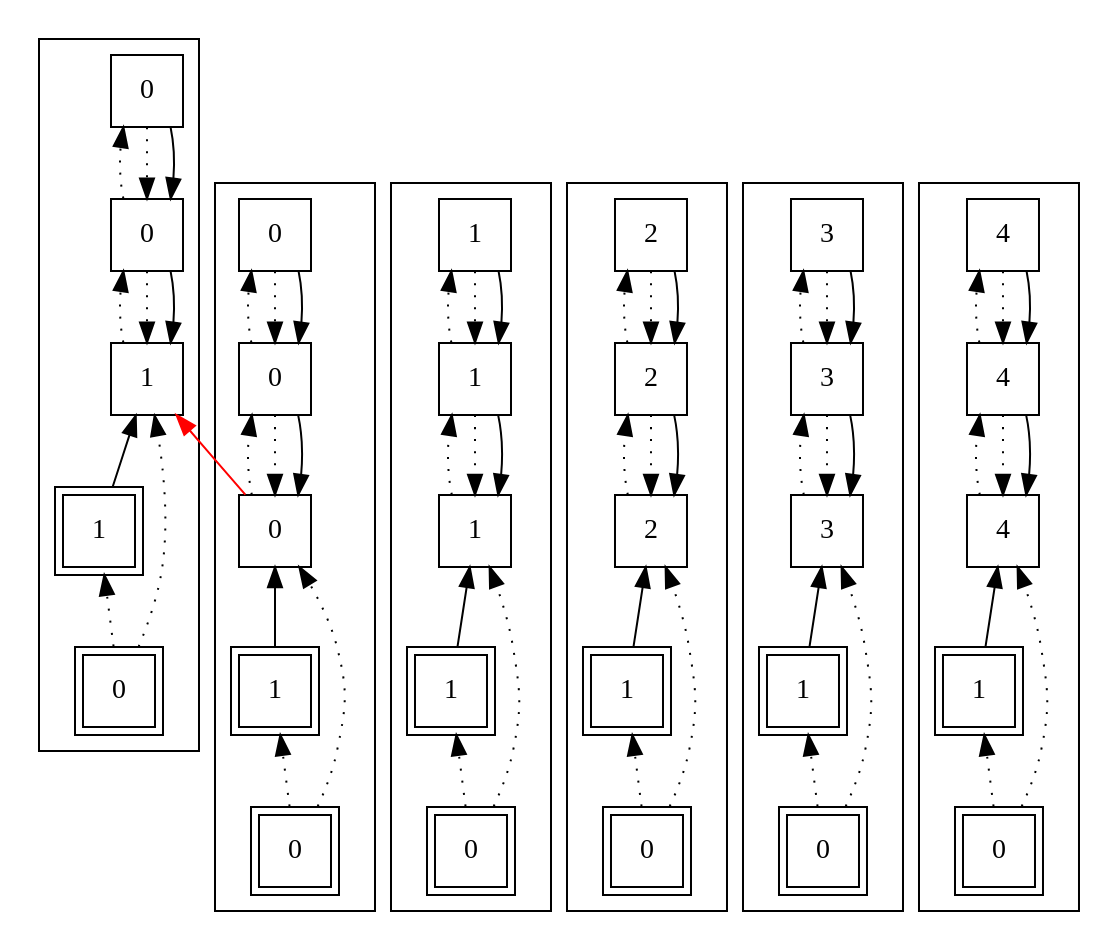
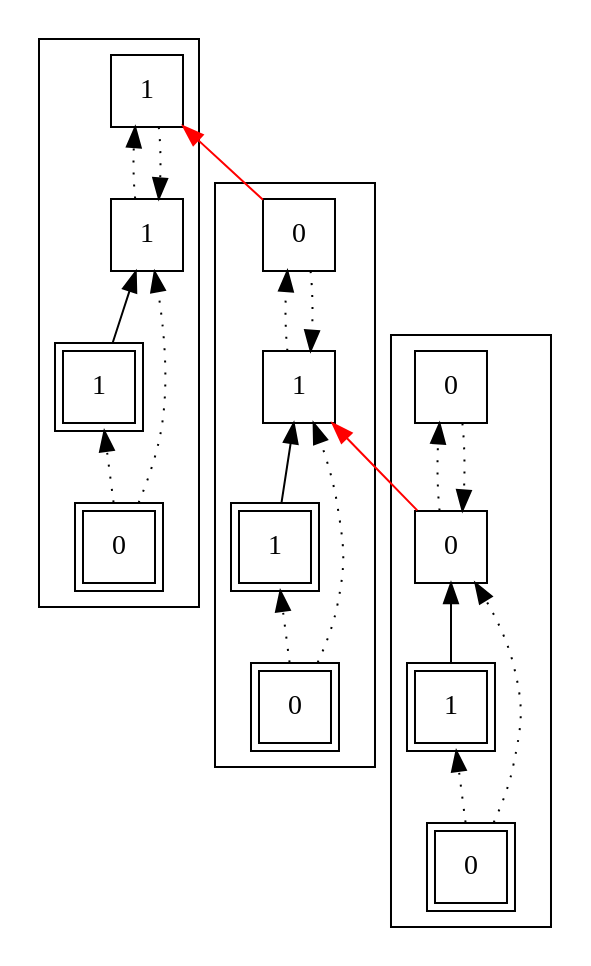
Before and after one commit to increpare/AbstractPropagationSim: the diagram in mid/19/metagraph.gv, drawn with Graphviz. The commit also changed 11 other files, not shown here.

```diff
--- a/mid/19/metagraph.gv
+++ b/mid/19/metagraph.gv
@@ -1,106 +1,41 @@
 digraph G {
 rankdir = BT;
-subgraph cluster_Player1X1XGround0X1XIsland00X1XIsland10X1XIsland20X1X {
+subgraph cluster_Player1X1XGround0X1XIsland00X1XIsland10X1X {
 Node [ fontname="Apple Symbols"];
-Player1X1XGround0X1XIsland00X1XIsland10X1XIsland20X1X_Player[ label ="1"  shape=square peripheries=2 ];
-Player1X1XGround0X1XIsland00X1XIsland10X1XIsland20X1X_Ground[ label ="0"  shape=square peripheries=2 ];
-Player1X1XGround0X1XIsland00X1XIsland10X1XIsland20X1X_Island0[ label ="0"  shape=square ];
-Player1X1XGround0X1XIsland00X1XIsland10X1XIsland20X1X_Island1[ label ="0"  shape=square ];
-Player1X1XGround0X1XIsland00X1XIsland10X1XIsland20X1X_Island2[ label ="0"  shape=square ];
-	"Player1X1XGround0X1XIsland00X1XIsland10X1XIsland20X1X_Ground" -> "Player1X1XGround0X1XIsland00X1XIsland10X1XIsland20X1X_Player" [style=dotted];
-	"Player1X1XGround0X1XIsland00X1XIsland10X1XIsland20X1X_Player" -> "Player1X1XGround0X1XIsland00X1XIsland10X1XIsland20X1X_Island0";
-	"Player1X1XGround0X1XIsland00X1XIsland10X1XIsland20X1X_Island1" -> "Player1X1XGround0X1XIsland00X1XIsland10X1XIsland20X1X_Island0" [style=dotted];
-	"Player1X1XGround0X1XIsland00X1XIsland10X1XIsland20X1X_Ground" -> "Player1X1XGround0X1XIsland00X1XIsland10X1XIsland20X1X_Island0" [style=dotted];
-	"Player1X1XGround0X1XIsland00X1XIsland10X1XIsland20X1X_Island0" -> "Player1X1XGround0X1XIsland00X1XIsland10X1XIsland20X1X_Island1" [style=dotted];
-	"Player1X1XGround0X1XIsland00X1XIsland10X1XIsland20X1X_Island2" -> "Player1X1XGround0X1XIsland00X1XIsland10X1XIsland20X1X_Island1" [style=dotted];
-	"Player1X1XGround0X1XIsland00X1XIsland10X1XIsland20X1X_Island1" -> "Player1X1XGround0X1XIsland00X1XIsland10X1XIsland20X1X_Island2" [style=dotted];
-	"Player1X1XGround0X1XIsland00X1XIsland10X1XIsland20X1X_Island1" -> "Player1X1XGround0X1XIsland00X1XIsland10X1XIsland20X1X_Island0";
-	"Player1X1XGround0X1XIsland00X1XIsland10X1XIsland20X1X_Island2" -> "Player1X1XGround0X1XIsland00X1XIsland10X1XIsland20X1X_Island1";
+Player1X1XGround0X1XIsland00X1XIsland10X1X_Player[ label ="1"  shape=square peripheries=2 ];
+Player1X1XGround0X1XIsland00X1XIsland10X1X_Ground[ label ="0"  shape=square peripheries=2 ];
+Player1X1XGround0X1XIsland00X1XIsland10X1X_Island0[ label ="0"  shape=square ];
+Player1X1XGround0X1XIsland00X1XIsland10X1X_Island1[ label ="0"  shape=square ];
+	"Player1X1XGround0X1XIsland00X1XIsland10X1X_Ground" -> "Player1X1XGround0X1XIsland00X1XIsland10X1X_Player" [style=dotted];
+	"Player1X1XGround0X1XIsland00X1XIsland10X1X_Player" -> "Player1X1XGround0X1XIsland00X1XIsland10X1X_Island0";
+	"Player1X1XGround0X1XIsland00X1XIsland10X1X_Island1" -> "Player1X1XGround0X1XIsland00X1XIsland10X1X_Island0" [style=dotted];
+	"Player1X1XGround0X1XIsland00X1XIsland10X1X_Ground" -> "Player1X1XGround0X1XIsland00X1XIsland10X1X_Island0" [style=dotted];
+	"Player1X1XGround0X1XIsland00X1XIsland10X1X_Island0" -> "Player1X1XGround0X1XIsland00X1XIsland10X1X_Island1" [style=dotted];
 }
-subgraph cluster_Player1X1XGround0X1XIsland01X1XIsland10X1XIsland20X1X {
+subgraph cluster_Player1X1XGround0X1XIsland01X1XIsland10X1X {
 Node [ fontname="Apple Symbols"];
-Player1X1XGround0X1XIsland01X1XIsland10X1XIsland20X1X_Player[ label ="1"  shape=square peripheries=2 ];
-Player1X1XGround0X1XIsland01X1XIsland10X1XIsland20X1X_Ground[ label ="0"  shape=square peripheries=2 ];
-Player1X1XGround0X1XIsland01X1XIsland10X1XIsland20X1X_Island0[ label ="1"  shape=square ];
-Player1X1XGround0X1XIsland01X1XIsland10X1XIsland20X1X_Island1[ label ="0"  shape=square ];
-Player1X1XGround0X1XIsland01X1XIsland10X1XIsland20X1X_Island2[ label ="0"  shape=square ];
-	"Player1X1XGround0X1XIsland01X1XIsland10X1XIsland20X1X_Ground" -> "Player1X1XGround0X1XIsland01X1XIsland10X1XIsland20X1X_Player" [style=dotted];
-	"Player1X1XGround0X1XIsland01X1XIsland10X1XIsland20X1X_Player" -> "Player1X1XGround0X1XIsland01X1XIsland10X1XIsland20X1X_Island0";
-	"Player1X1XGround0X1XIsland01X1XIsland10X1XIsland20X1X_Island1" -> "Player1X1XGround0X1XIsland01X1XIsland10X1XIsland20X1X_Island0" [style=dotted];
-	"Player1X1XGround0X1XIsland01X1XIsland10X1XIsland20X1X_Ground" -> "Player1X1XGround0X1XIsland01X1XIsland10X1XIsland20X1X_Island0" [style=dotted];
-	"Player1X1XGround0X1XIsland01X1XIsland10X1XIsland20X1X_Island0" -> "Player1X1XGround0X1XIsland01X1XIsland10X1XIsland20X1X_Island1" [style=dotted];
-	"Player1X1XGround0X1XIsland01X1XIsland10X1XIsland20X1X_Island2" -> "Player1X1XGround0X1XIsland01X1XIsland10X1XIsland20X1X_Island1" [style=dotted];
-	"Player1X1XGround0X1XIsland01X1XIsland10X1XIsland20X1X_Island1" -> "Player1X1XGround0X1XIsland01X1XIsland10X1XIsland20X1X_Island2" [style=dotted];
-	"Player1X1XGround0X1XIsland01X1XIsland10X1XIsland20X1X_Island1" -> "Player1X1XGround0X1XIsland01X1XIsland10X1XIsland20X1X_Island0";
-	"Player1X1XGround0X1XIsland01X1XIsland10X1XIsland20X1X_Island2" -> "Player1X1XGround0X1XIsland01X1XIsland10X1XIsland20X1X_Island1";
+Player1X1XGround0X1XIsland01X1XIsland10X1X_Player[ label ="1"  shape=square peripheries=2 ];
+Player1X1XGround0X1XIsland01X1XIsland10X1X_Ground[ label ="0"  shape=square peripheries=2 ];
+Player1X1XGround0X1XIsland01X1XIsland10X1X_Island0[ label ="1"  shape=square ];
+Player1X1XGround0X1XIsland01X1XIsland10X1X_Island1[ label ="0"  shape=square ];
+	"Player1X1XGround0X1XIsland01X1XIsland10X1X_Ground" -> "Player1X1XGround0X1XIsland01X1XIsland10X1X_Player" [style=dotted];
+	"Player1X1XGround0X1XIsland01X1XIsland10X1X_Player" -> "Player1X1XGround0X1XIsland01X1XIsland10X1X_Island0";
+	"Player1X1XGround0X1XIsland01X1XIsland10X1X_Island1" -> "Player1X1XGround0X1XIsland01X1XIsland10X1X_Island0" [style=dotted];
+	"Player1X1XGround0X1XIsland01X1XIsland10X1X_Ground" -> "Player1X1XGround0X1XIsland01X1XIsland10X1X_Island0" [style=dotted];
+	"Player1X1XGround0X1XIsland01X1XIsland10X1X_Island0" -> "Player1X1XGround0X1XIsland01X1XIsland10X1X_Island1" [style=dotted];
 }
-subgraph cluster_Player1X1XGround0X1XIsland01X1XIsland11X1XIsland21X1X {
+subgraph cluster_Player1X1XGround0X1XIsland01X1XIsland11X1X {
 Node [ fontname="Apple Symbols"];
-Player1X1XGround0X1XIsland01X1XIsland11X1XIsland21X1X_Player[ label ="1"  shape=square peripheries=2 ];
-Player1X1XGround0X1XIsland01X1XIsland11X1XIsland21X1X_Ground[ label ="0"  shape=square peripheries=2 ];
-Player1X1XGround0X1XIsland01X1XIsland11X1XIsland21X1X_Island0[ label ="1"  shape=square ];
-Player1X1XGround0X1XIsland01X1XIsland11X1XIsland21X1X_Island1[ label ="1"  shape=square ];
-Player1X1XGround0X1XIsland01X1XIsland11X1XIsland21X1X_Island2[ label ="1"  shape=square ];
-	"Player1X1XGround0X1XIsland01X1XIsland11X1XIsland21X1X_Ground" -> "Player1X1XGround0X1XIsland01X1XIsland11X1XIsland21X1X_Player" [style=dotted];
-	"Player1X1XGround0X1XIsland01X1XIsland11X1XIsland21X1X_Player" -> "Player1X1XGround0X1XIsland01X1XIsland11X1XIsland21X1X_Island0";
-	"Player1X1XGround0X1XIsland01X1XIsland11X1XIsland21X1X_Island1" -> "Player1X1XGround0X1XIsland01X1XIsland11X1XIsland21X1X_Island0" [style=dotted];
-	"Player1X1XGround0X1XIsland01X1XIsland11X1XIsland21X1X_Ground" -> "Player1X1XGround0X1XIsland01X1XIsland11X1XIsland21X1X_Island0" [style=dotted];
-	"Player1X1XGround0X1XIsland01X1XIsland11X1XIsland21X1X_Island0" -> "Player1X1XGround0X1XIsland01X1XIsland11X1XIsland21X1X_Island1" [style=dotted];
-	"Player1X1XGround0X1XIsland01X1XIsland11X1XIsland21X1X_Island2" -> "Player1X1XGround0X1XIsland01X1XIsland11X1XIsland21X1X_Island1" [style=dotted];
-	"Player1X1XGround0X1XIsland01X1XIsland11X1XIsland21X1X_Island1" -> "Player1X1XGround0X1XIsland01X1XIsland11X1XIsland21X1X_Island2" [style=dotted];
-	"Player1X1XGround0X1XIsland01X1XIsland11X1XIsland21X1X_Island1" -> "Player1X1XGround0X1XIsland01X1XIsland11X1XIsland21X1X_Island0";
-	"Player1X1XGround0X1XIsland01X1XIsland11X1XIsland21X1X_Island2" -> "Player1X1XGround0X1XIsland01X1XIsland11X1XIsland21X1X_Island1";
+Player1X1XGround0X1XIsland01X1XIsland11X1X_Player[ label ="1"  shape=square peripheries=2 ];
+Player1X1XGround0X1XIsland01X1XIsland11X1X_Ground[ label ="0"  shape=square peripheries=2 ];
+Player1X1XGround0X1XIsland01X1XIsland11X1X_Island0[ label ="1"  shape=square ];
+Player1X1XGround0X1XIsland01X1XIsland11X1X_Island1[ label ="1"  shape=square ];
+	"Player1X1XGround0X1XIsland01X1XIsland11X1X_Ground" -> "Player1X1XGround0X1XIsland01X1XIsland11X1X_Player" [style=dotted];
+	"Player1X1XGround0X1XIsland01X1XIsland11X1X_Player" -> "Player1X1XGround0X1XIsland01X1XIsland11X1X_Island0";
+	"Player1X1XGround0X1XIsland01X1XIsland11X1X_Island1" -> "Player1X1XGround0X1XIsland01X1XIsland11X1X_Island0" [style=dotted];
+	"Player1X1XGround0X1XIsland01X1XIsland11X1X_Ground" -> "Player1X1XGround0X1XIsland01X1XIsland11X1X_Island0" [style=dotted];
+	"Player1X1XGround0X1XIsland01X1XIsland11X1X_Island0" -> "Player1X1XGround0X1XIsland01X1XIsland11X1X_Island1" [style=dotted];
 }
-subgraph cluster_Player1X1XGround0X1XIsland02X1XIsland12X1XIsland22X1X {
-Node [ fontname="Apple Symbols"];
-Player1X1XGround0X1XIsland02X1XIsland12X1XIsland22X1X_Player[ label ="1"  shape=square peripheries=2 ];
-Player1X1XGround0X1XIsland02X1XIsland12X1XIsland22X1X_Ground[ label ="0"  shape=square peripheries=2 ];
-Player1X1XGround0X1XIsland02X1XIsland12X1XIsland22X1X_Island0[ label ="2"  shape=square ];
-Player1X1XGround0X1XIsland02X1XIsland12X1XIsland22X1X_Island1[ label ="2"  shape=square ];
-Player1X1XGround0X1XIsland02X1XIsland12X1XIsland22X1X_Island2[ label ="2"  shape=square ];
-	"Player1X1XGround0X1XIsland02X1XIsland12X1XIsland22X1X_Ground" -> "Player1X1XGround0X1XIsland02X1XIsland12X1XIsland22X1X_Player" [style=dotted];
-	"Player1X1XGround0X1XIsland02X1XIsland12X1XIsland22X1X_Player" -> "Player1X1XGround0X1XIsland02X1XIsland12X1XIsland22X1X_Island0";
-	"Player1X1XGround0X1XIsland02X1XIsland12X1XIsland22X1X_Island1" -> "Player1X1XGround0X1XIsland02X1XIsland12X1XIsland22X1X_Island0" [style=dotted];
-	"Player1X1XGround0X1XIsland02X1XIsland12X1XIsland22X1X_Ground" -> "Player1X1XGround0X1XIsland02X1XIsland12X1XIsland22X1X_Island0" [style=dotted];
-	"Player1X1XGround0X1XIsland02X1XIsland12X1XIsland22X1X_Island0" -> "Player1X1XGround0X1XIsland02X1XIsland12X1XIsland22X1X_Island1" [style=dotted];
-	"Player1X1XGround0X1XIsland02X1XIsland12X1XIsland22X1X_Island2" -> "Player1X1XGround0X1XIsland02X1XIsland12X1XIsland22X1X_Island1" [style=dotted];
-	"Player1X1XGround0X1XIsland02X1XIsland12X1XIsland22X1X_Island1" -> "Player1X1XGround0X1XIsland02X1XIsland12X1XIsland22X1X_Island2" [style=dotted];
-	"Player1X1XGround0X1XIsland02X1XIsland12X1XIsland22X1X_Island1" -> "Player1X1XGround0X1XIsland02X1XIsland12X1XIsland22X1X_Island0";
-	"Player1X1XGround0X1XIsland02X1XIsland12X1XIsland22X1X_Island2" -> "Player1X1XGround0X1XIsland02X1XIsland12X1XIsland22X1X_Island1";
+	"Player1X1XGround0X1XIsland00X1XIsland10X1X_Island0" -> "Player1X1XGround0X1XIsland01X1XIsland10X1X_Island0" [ ltail = Player1X1XGround0X1XIsland00X1XIsland10X1X_Island0 rtail = Player1X1XGround0X1XIsland01X1XIsland10X1X_Island0 color=red ];
+	"Player1X1XGround0X1XIsland01X1XIsland10X1X_Island1" -> "Player1X1XGround0X1XIsland01X1XIsland11X1X_Island1" [ ltail = Player1X1XGround0X1XIsland01X1XIsland10X1X_Island1 rtail = Player1X1XGround0X1XIsland01X1XIsland11X1X_Island1 color=red ];
 }
-subgraph cluster_Player1X1XGround0X1XIsland03X1XIsland13X1XIsland23X1X {
-Node [ fontname="Apple Symbols"];
-Player1X1XGround0X1XIsland03X1XIsland13X1XIsland23X1X_Player[ label ="1"  shape=square peripheries=2 ];
-Player1X1XGround0X1XIsland03X1XIsland13X1XIsland23X1X_Ground[ label ="0"  shape=square peripheries=2 ];
-Player1X1XGround0X1XIsland03X1XIsland13X1XIsland23X1X_Island0[ label ="3"  shape=square ];
-Player1X1XGround0X1XIsland03X1XIsland13X1XIsland23X1X_Island1[ label ="3"  shape=square ];
-Player1X1XGround0X1XIsland03X1XIsland13X1XIsland23X1X_Island2[ label ="3"  shape=square ];
-	"Player1X1XGround0X1XIsland03X1XIsland13X1XIsland23X1X_Ground" -> "Player1X1XGround0X1XIsland03X1XIsland13X1XIsland23X1X_Player" [style=dotted];
-	"Player1X1XGround0X1XIsland03X1XIsland13X1XIsland23X1X_Player" -> "Player1X1XGround0X1XIsland03X1XIsland13X1XIsland23X1X_Island0";
-	"Player1X1XGround0X1XIsland03X1XIsland13X1XIsland23X1X_Island1" -> "Player1X1XGround0X1XIsland03X1XIsland13X1XIsland23X1X_Island0" [style=dotted];
-	"Player1X1XGround0X1XIsland03X1XIsland13X1XIsland23X1X_Ground" -> "Player1X1XGround0X1XIsland03X1XIsland13X1XIsland23X1X_Island0" [style=dotted];
-	"Player1X1XGround0X1XIsland03X1XIsland13X1XIsland23X1X_Island0" -> "Player1X1XGround0X1XIsland03X1XIsland13X1XIsland23X1X_Island1" [style=dotted];
-	"Player1X1XGround0X1XIsland03X1XIsland13X1XIsland23X1X_Island2" -> "Player1X1XGround0X1XIsland03X1XIsland13X1XIsland23X1X_Island1" [style=dotted];
-	"Player1X1XGround0X1XIsland03X1XIsland13X1XIsland23X1X_Island1" -> "Player1X1XGround0X1XIsland03X1XIsland13X1XIsland23X1X_Island2" [style=dotted];
-	"Player1X1XGround0X1XIsland03X1XIsland13X1XIsland23X1X_Island1" -> "Player1X1XGround0X1XIsland03X1XIsland13X1XIsland23X1X_Island0";
-	"Player1X1XGround0X1XIsland03X1XIsland13X1XIsland23X1X_Island2" -> "Player1X1XGround0X1XIsland03X1XIsland13X1XIsland23X1X_Island1";
-}
-subgraph cluster_Player1X1XGround0X1XIsland04X1XIsland14X1XIsland24X1X {
-Node [ fontname="Apple Symbols"];
-Player1X1XGround0X1XIsland04X1XIsland14X1XIsland24X1X_Player[ label ="1"  shape=square peripheries=2 ];
-Player1X1XGround0X1XIsland04X1XIsland14X1XIsland24X1X_Ground[ label ="0"  shape=square peripheries=2 ];
-Player1X1XGround0X1XIsland04X1XIsland14X1XIsland24X1X_Island0[ label ="4"  shape=square ];
-Player1X1XGround0X1XIsland04X1XIsland14X1XIsland24X1X_Island1[ label ="4"  shape=square ];
-Player1X1XGround0X1XIsland04X1XIsland14X1XIsland24X1X_Island2[ label ="4"  shape=square ];
-	"Player1X1XGround0X1XIsland04X1XIsland14X1XIsland24X1X_Ground" -> "Player1X1XGround0X1XIsland04X1XIsland14X1XIsland24X1X_Player" [style=dotted];
-	"Player1X1XGround0X1XIsland04X1XIsland14X1XIsland24X1X_Player" -> "Player1X1XGround0X1XIsland04X1XIsland14X1XIsland24X1X_Island0";
-	"Player1X1XGround0X1XIsland04X1XIsland14X1XIsland24X1X_Island1" -> "Player1X1XGround0X1XIsland04X1XIsland14X1XIsland24X1X_Island0" [style=dotted];
-	"Player1X1XGround0X1XIsland04X1XIsland14X1XIsland24X1X_Ground" -> "Player1X1XGround0X1XIsland04X1XIsland14X1XIsland24X1X_Island0" [style=dotted];
-	"Player1X1XGround0X1XIsland04X1XIsland14X1XIsland24X1X_Island0" -> "Player1X1XGround0X1XIsland04X1XIsland14X1XIsland24X1X_Island1" [style=dotted];
-	"Player1X1XGround0X1XIsland04X1XIsland14X1XIsland24X1X_Island2" -> "Player1X1XGround0X1XIsland04X1XIsland14X1XIsland24X1X_Island1" [style=dotted];
-	"Player1X1XGround0X1XIsland04X1XIsland14X1XIsland24X1X_Island1" -> "Player1X1XGround0X1XIsland04X1XIsland14X1XIsland24X1X_Island2" [style=dotted];
-	"Player1X1XGround0X1XIsland04X1XIsland14X1XIsland24X1X_Island1" -> "Player1X1XGround0X1XIsland04X1XIsland14X1XIsland24X1X_Island0";
-	"Player1X1XGround0X1XIsland04X1XIsland14X1XIsland24X1X_Island2" -> "Player1X1XGround0X1XIsland04X1XIsland14X1XIsland24X1X_Island1";
-}
-	"Player1X1XGround0X1XIsland00X1XIsland10X1XIsland20X1X_Island0" -> "Player1X1XGround0X1XIsland01X1XIsland10X1XIsland20X1X_Island0" [ ltail = Player1X1XGround0X1XIsland00X1XIsland10X1XIsland20X1X_Island0 rtail = Player1X1XGround0X1XIsland01X1XIsland10X1XIsland20X1X_Island0 color=red ];
-}
```
